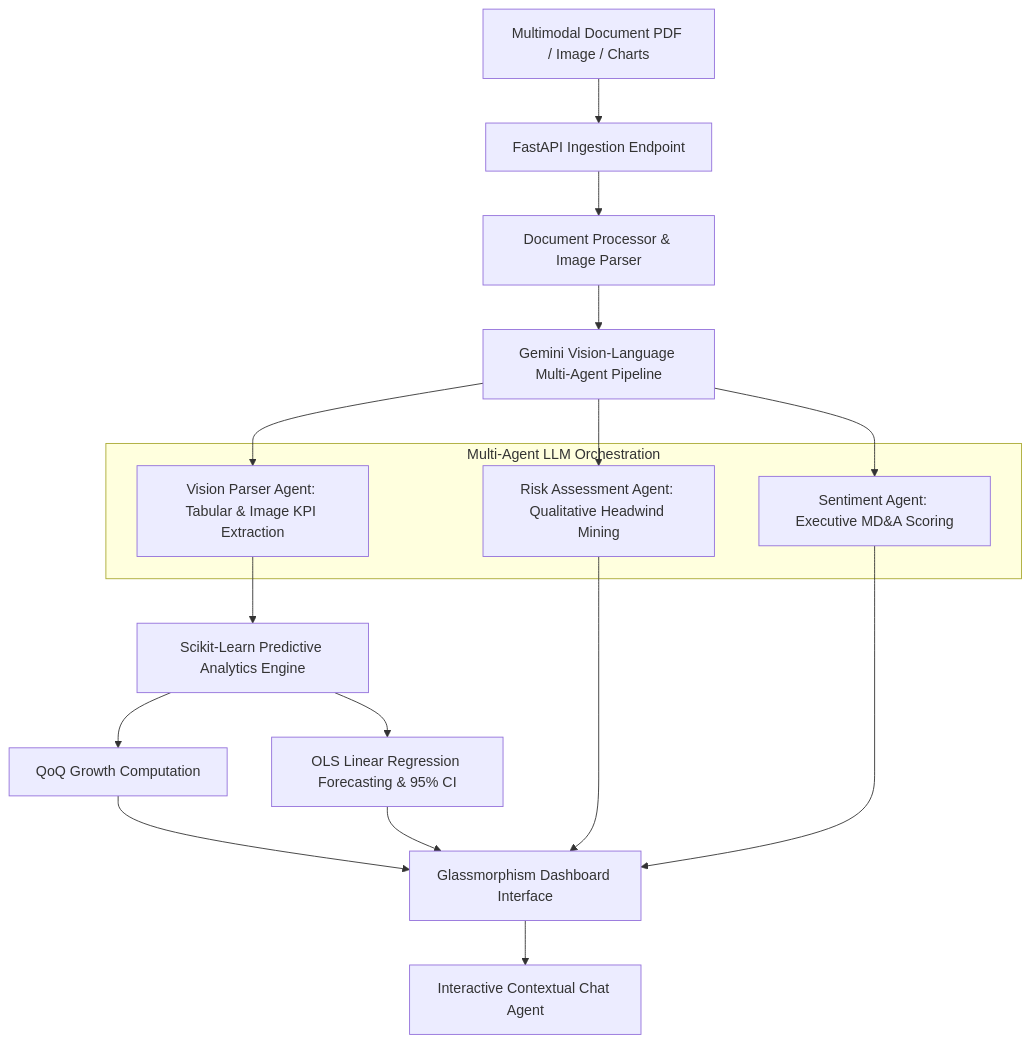
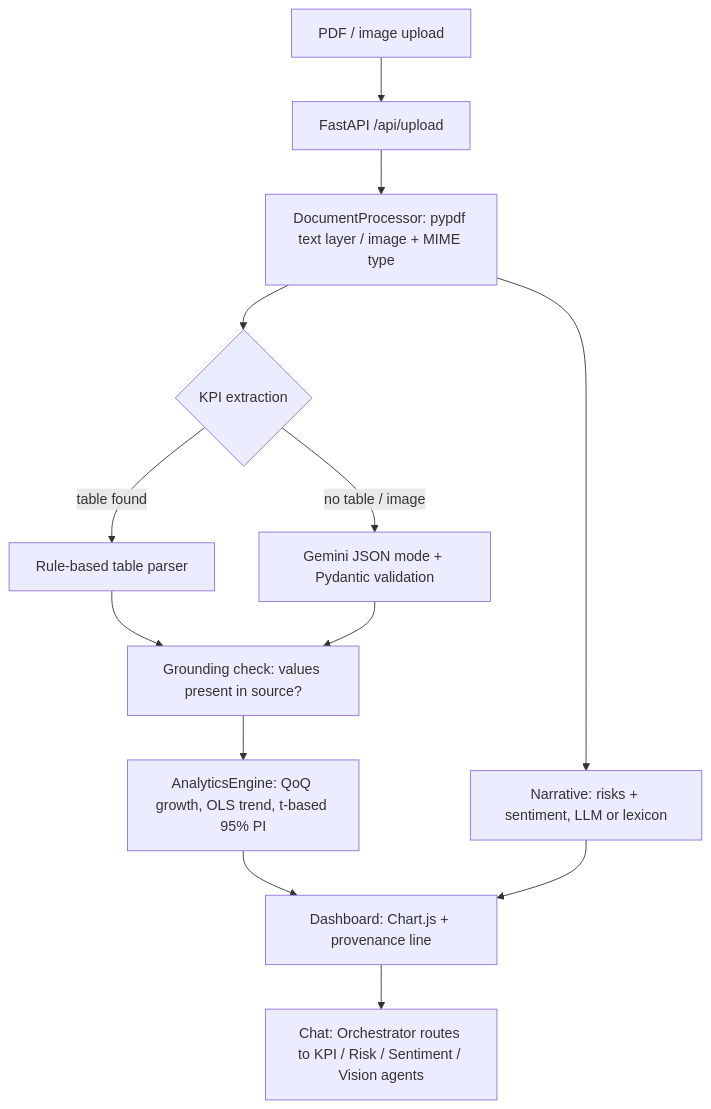
One commit to scodes-byte/AlphaDoc-Analytics changed the diagram in README.md. Above: the diagram before and after it, drawn with Mermaid. The commit also changed other lines of this file and 21 other files, not shown here.

First line of the commit message:
Fix fabricated offline data, forecasting maths, Gemini SDK and API robustness

````diff
--- a/README.md
+++ b/README.md
@@ -28,21 +54,13 @@
 ```mermaid
 graph TD
-    A[Multimodal Document PDF / Image / Charts] --> B[FastAPI Ingestion Endpoint]
-    B --> C[Document Processor & Image Parser]
-    C --> D[Gemini Vision-Language Multi-Agent Pipeline]
-    
-    subgraph Multi-Agent LLM Orchestration
-        D1[Vision Parser Agent: Tabular & Image KPI Extraction]
-        D2[Risk Assessment Agent: Qualitative Headwind Mining]
-        D3[Sentiment Agent: Executive MD&A Scoring]
-    end
-    
-    D --> D1 & D2 & D3
-    D1 --> E[Scikit-Learn Predictive Analytics Engine]
-    E --> E1[QoQ Growth Computation]
-    E --> E2[OLS Linear Regression Forecasting & 95% CI]
-    
-    E1 & E2 --> F[Glassmorphism Dashboard Interface]
-    D2 & D3 --> F
-    F --> G[Interactive Contextual Chat Agent]
+    A[PDF / image upload] --> B[FastAPI /api/upload]
+    B --> C[DocumentProcessor: pypdf text layer / image + MIME type]
+    C --> D{KPI extraction}
+    D -->|table found| D1[Rule-based table parser]
+    D -->|no table / image| D2[Gemini JSON mode + Pydantic validation]
+    D1 & D2 --> G[Grounding check: values present in source?]
+    C --> N[Narrative: risks + sentiment, LLM or lexicon]
+    G --> E[AnalyticsEngine: QoQ growth, OLS trend, t-based 95% PI]
+    E & N --> F[Dashboard: Chart.js + provenance line]
+    F --> H[Chat: Orchestrator routes to KPI / Risk / Sentiment / Vision agents]
 ```
````
